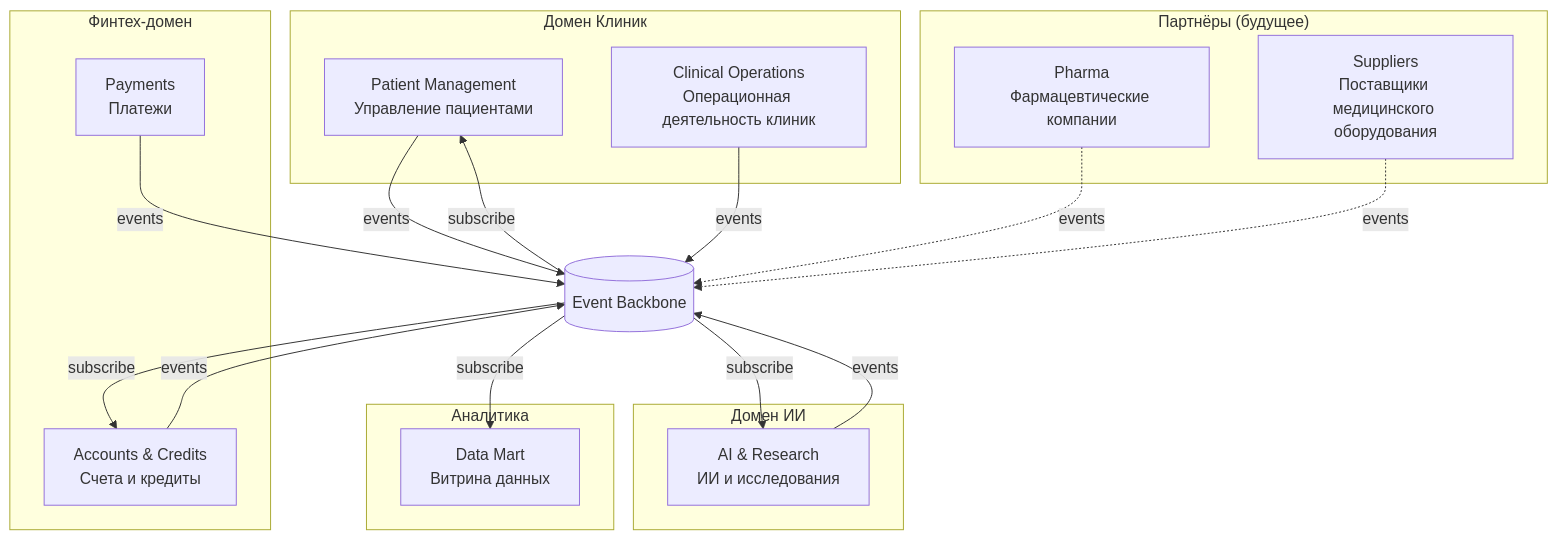
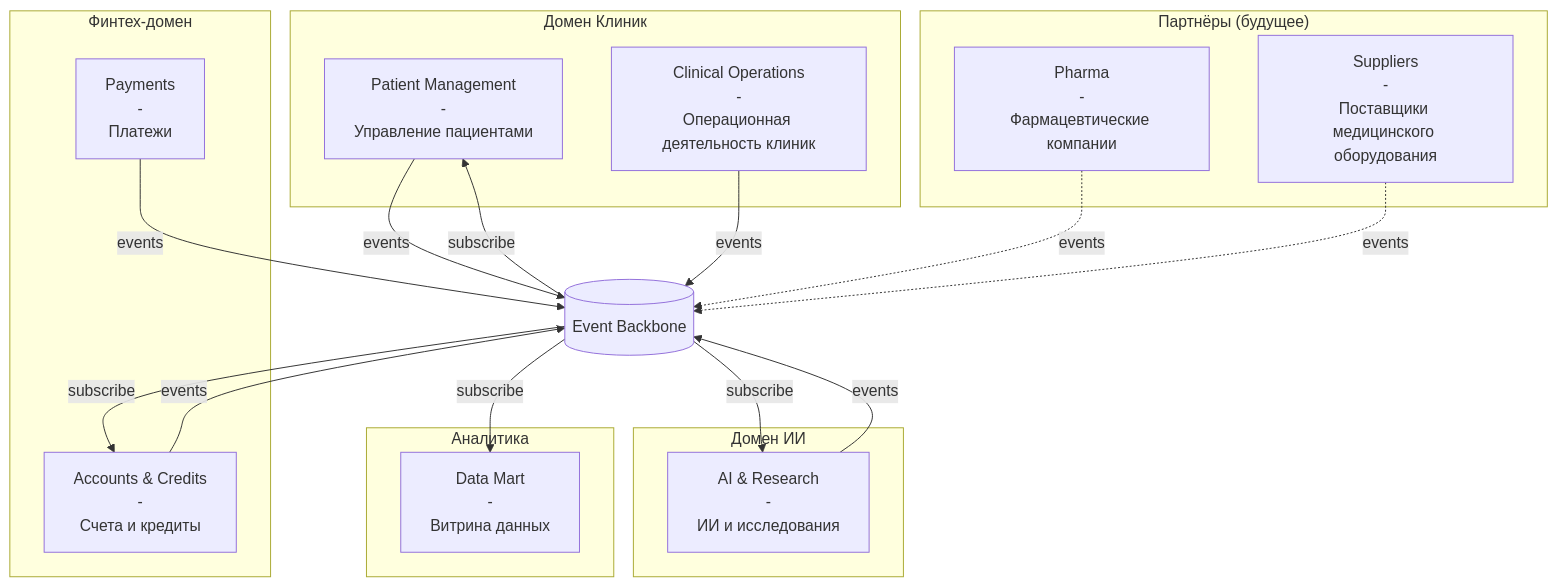
Before and after one commit to oreshkanet/ya-architecture-pro-future_2_0: the diagram in Task4Advanced/bounded-contexts.md, drawn with Mermaid. The commit also changed 1 other file, not shown here.

Commit message:
Task4: Event Storming

````diff
--- a/Task4Advanced/bounded-contexts.md
+++ b/Task4Advanced/bounded-contexts.md
@@ -3,46 +3,54 @@
 ```mermaid
 flowchart TB
     subgraph clinical ["Домен Клиник"]
         PM["`Patient Management
+            -
             Управление пациентами`"]
         CS["`Clinical Operations
+            -
             Операционная деятельность клиник`"]
     end
 
     subgraph fintech ["Финтех-домен"]
         AC["`Accounts & Credits
+            -
             Счета и кредиты`"]
         PY["`Payments
+            -
             Платежи`"]
     end
 
     subgraph ai_domain ["Домен ИИ"]
         AI["`AI & Research
+            -
             ИИ и исследования`"]
     end
 
     subgraph analytics ["Аналитика"]
         DM["`Data Mart
+            -
             Витрина данных`"]
     end
 
     subgraph partners ["Партнёры (будущее)"]
         PH["`Pharma
+            -
             Фармацевтические компании`"]
         SU["`Suppliers
+            -
             Поставщики медицинского оборудования`"]
     end
 
     PM -->|events| EB[(Event Backbone)]
     CS -->|events| EB
     AC -->|events| EB
     PY -->|events| EB
     AI -->|events| EB
     PH -.->|events| EB
     SU -.->|events| EB
 
     EB -->|subscribe| DM
     EB -->|subscribe| PM
     EB -->|subscribe| AC
     EB -->|subscribe| AI
 ```
````
